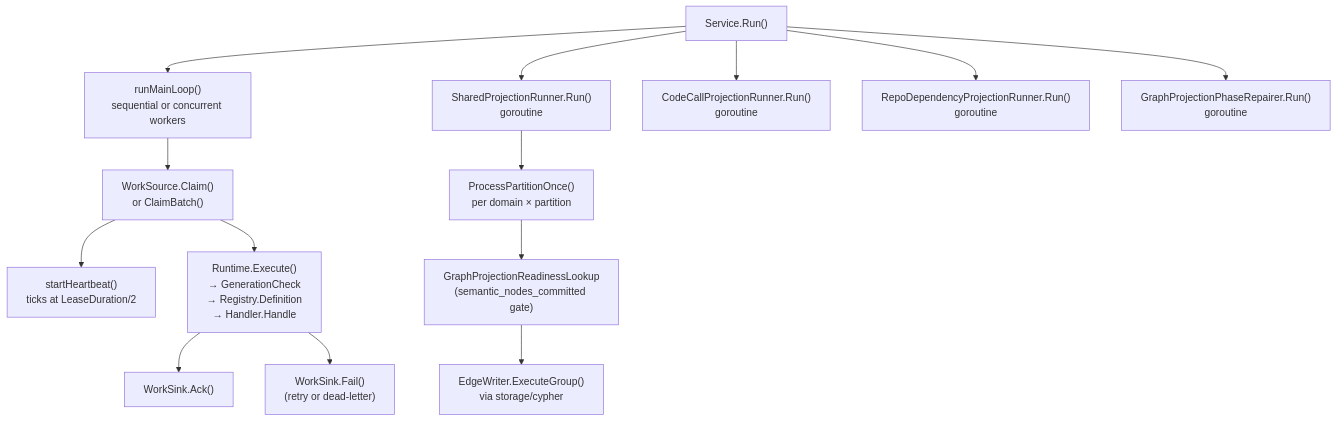
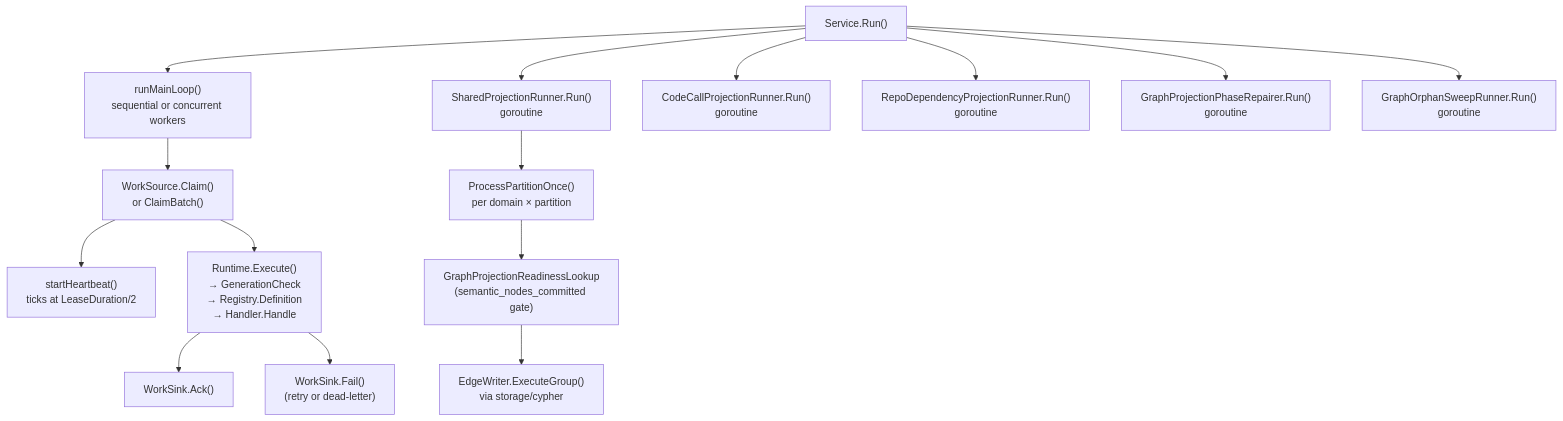
One commit to eshu-hq/eshu changed the second of 2 diagrams in go/internal/reducer/README.md. Above: the diagram before and after it, drawn with Mermaid. The commit also changed other lines of this file and 34 other files, not shown here.

Commit message:
reducer: add graph orphan sweep

````diff
--- a/go/internal/reducer/README.md
+++ b/go/internal/reducer/README.md
@@ -30,16 +30,17 @@
 ```mermaid
 flowchart TB
   Service["Service.Run()"] --> MainLoop["runMainLoop()\nsequential or concurrent workers"]
   MainLoop --> Claim["WorkSource.Claim()\nor ClaimBatch()"]
   Claim --> Heartbeat["startHeartbeat()\nticks at LeaseDuration/2"]
   Claim --> Execute["Runtime.Execute()\n→ GenerationCheck\n→ Registry.Definition\n→ Handler.Handle"]
   Execute --> Ack["WorkSink.Ack()"]
   Execute --> Fail["WorkSink.Fail()\n(retry or dead-letter)"]
   Service --> SPR["SharedProjectionRunner.Run()\ngoroutine"]
   Service --> CCPR["CodeCallProjectionRunner.Run()\ngoroutine"]
   Service --> RDPR["RepoDependencyProjectionRunner.Run()\ngoroutine"]
   Service --> Repair["GraphProjectionPhaseRepairer.Run()\ngoroutine"]
+  Service --> Orphans["GraphOrphanSweepRunner.Run()\ngoroutine"]
   SPR --> ProcessPartition["ProcessPartitionOnce()\nper domain × partition"]
   ProcessPartition --> ReadinessGate["GraphProjectionReadinessLookup\n(semantic_nodes_committed gate)"]
   ReadinessGate --> EdgeWriter["EdgeWriter.ExecuteGroup()\nvia storage/cypher"]
 ```
````
